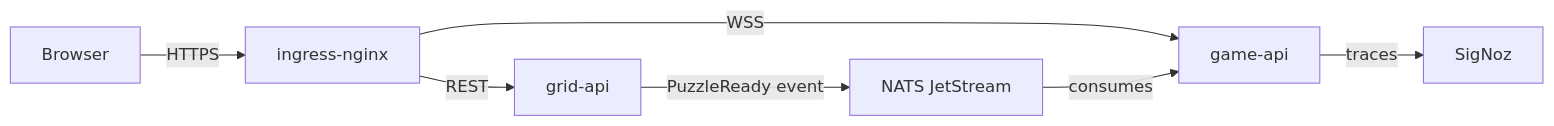
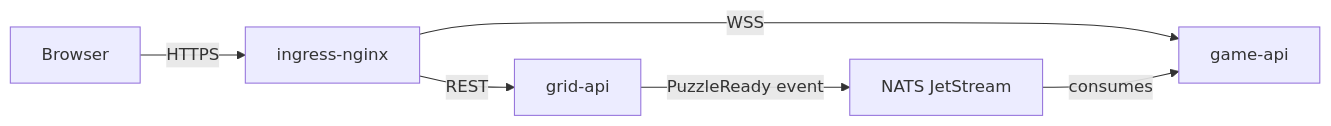
Before and after one commit to Ishou/wordsparrow: the third of 5 diagrams in README.md, drawn with Mermaid. The commit also changed other lines of this file and 6 other files, not shown here.

First line of the commit message:
feat(infra-diagrams): add observability target chart and declutter cluster/flow

````diff
--- a/README.md
+++ b/README.md
@@ -123,15 +119,13 @@
 ```mermaid
 flowchart LR
   browser["Browser"]
   ingress["ingress-nginx"]
   grid["grid-api"]
   game["game-api"]
   nats["NATS JetStream"]
-  signoz["SigNoz"]
   browser -->|HTTPS| ingress
   ingress -->|REST| grid
   ingress -->|WSS| game
   grid -->|PuzzleReady event| nats
   nats -->|consumes| game
-  game -->|traces| signoz
 ```
````
